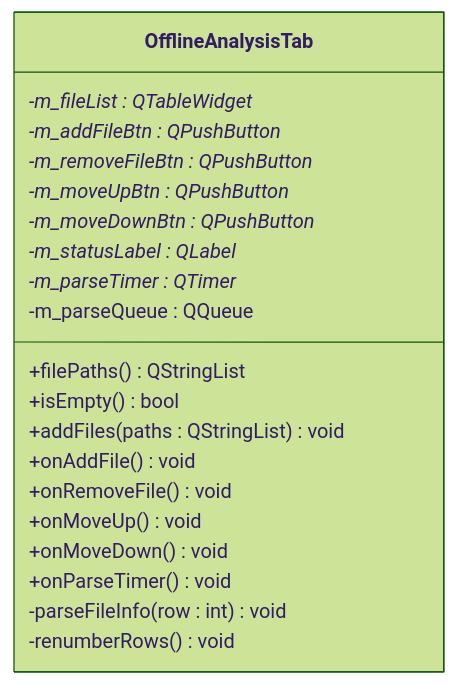
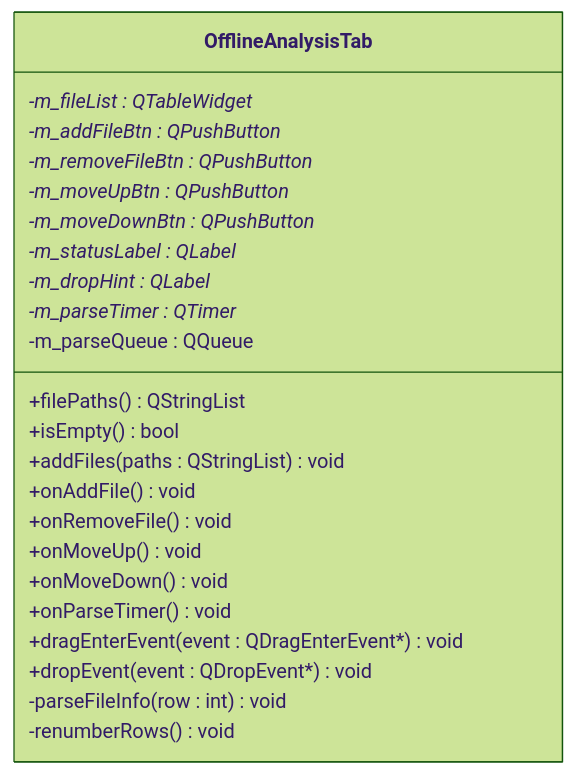
The third of 6 diagrams in .qoder/repowiki/zh/content/架构设计/UI系统设计/离线分析Tab组件.md (jakecai1225-design/OpenBus), drawn with Mermaid (forest theme) before and after one commit. The commit also changed other lines of this file and 14 other files, not shown here.

````diff
--- a/.qoder/repowiki/zh/content/架构设计/UI系统设计/离线分析Tab组件.md
+++ b/.qoder/repowiki/zh/content/架构设计/UI系统设计/离线分析Tab组件.md
@@ -173,23 +192,26 @@
 ```mermaid
 classDiagram
 class OfflineAnalysisTab {
 +filePaths() QStringList
 +isEmpty() bool
 +addFiles(paths : QStringList) void
 -m_fileList : QTableWidget*
 -m_addFileBtn : QPushButton*
 -m_removeFileBtn : QPushButton*
 -m_moveUpBtn : QPushButton*
 -m_moveDownBtn : QPushButton*
 -m_statusLabel : QLabel*
+-m_dropHint : QLabel*
 -m_parseTimer : QTimer*
 -m_parseQueue : QQueue<int>
 +onAddFile() void
 +onRemoveFile() void
 +onMoveUp() void
 +onMoveDown() void
 +onParseTimer() void
++dragEnterEvent(event : QDragEnterEvent*) void
++dropEvent(event : QDropEvent*) void
 -parseFileInfo(row : int) void
 -renumberRows() void
 }
 ```
````
